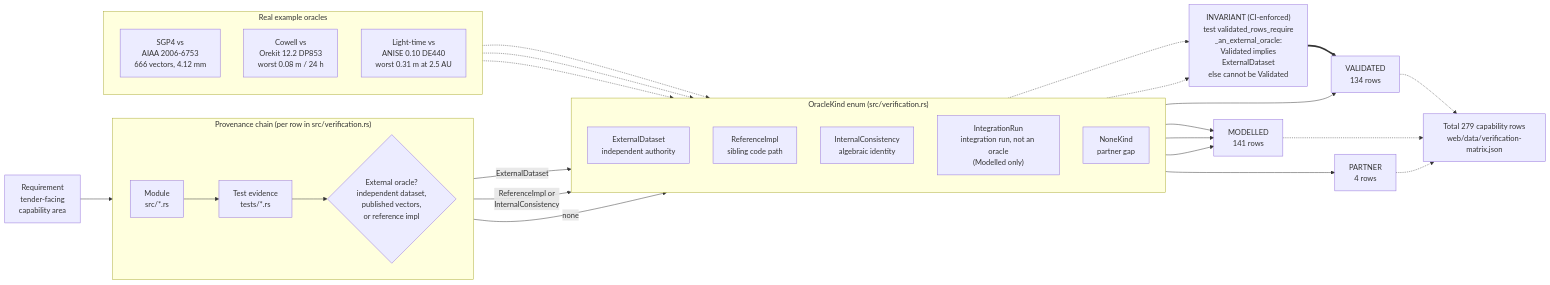
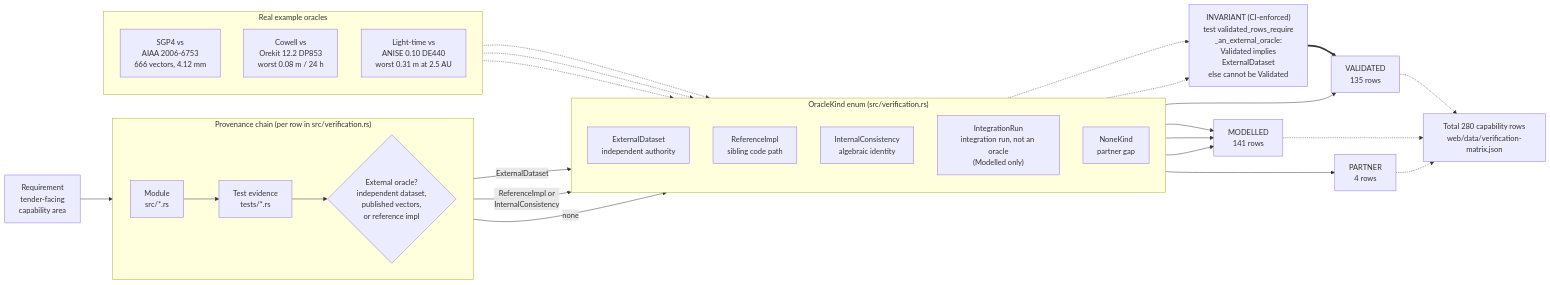
The diagram in docs/diagrams/validation-provenance.mmd (ashfordeOU/kshana), drawn with Mermaid before and after one commit. The commit also changed 24 other files, not shown here.

```diff
--- a/docs/diagrams/validation-provenance.mmd
+++ b/docs/diagrams/validation-provenance.mmd
@@ -1,51 +1,51 @@
 flowchart LR
     REQ["Requirement<br/>tender-facing<br/>capability area"]
 
     subgraph CHAIN["Provenance chain (per row in src/verification.rs)"]
         direction LR
         MOD["Module<br/>src/*.rs"]
         TST["Test evidence<br/>tests/*.rs"]
         ORA{"External oracle?<br/>independent dataset,<br/>published vectors,<br/>or reference impl"}
     end
 
     REQ --> MOD --> TST --> ORA
 
     subgraph KINDS["OracleKind enum (src/verification.rs)"]
         direction TD
         EXT["ExternalDataset<br/>independent authority"]
         REF["ReferenceImpl<br/>sibling code path"]
         INT["InternalConsistency<br/>algebraic identity"]
         IRN["IntegrationRun<br/>integration run, not an oracle<br/>(Modelled only)"]
         NON["NoneKind<br/>partner gap"]
     end
 
     ORA -->|ExternalDataset| EXT
     ORA -->|"ReferenceImpl or<br/>InternalConsistency"| INT
     ORA -->|none| NON
 
     GUARD["INVARIANT (CI-enforced)<br/>test validated_rows_require<br/>_an_external_oracle:<br/>Validated implies<br/>ExternalDataset<br/>else cannot be Validated"]
     EXT -.-> GUARD
     INT -.-> GUARD
 
-    EXT --> VAL["VALIDATED<br/>134 rows"]
+    EXT --> VAL["VALIDATED<br/>135 rows"]
     REF --> MDL["MODELLED<br/>141 rows"]
     INT --> MDL
     IRN --> MDL
     NON --> PRT["PARTNER<br/>4 rows"]
     GUARD ==> VAL
 
     subgraph EX["Real example oracles"]
         direction TD
         E1["SGP4 vs<br/>AIAA 2006-6753<br/>666 vectors, 4.12 mm"]
         E2["Cowell vs<br/>Orekit 12.2 DP853<br/>worst 0.08 m / 24 h"]
         E3["Light-time vs<br/>ANISE 0.10 DE440<br/>worst 0.31 m at 2.5 AU"]
     end
 
     E1 -.-> EXT
     E2 -.-> EXT
     E3 -.-> EXT
 
-    TOTAL["Total 279 capability rows<br/>web/data/verification-matrix.json"]
+    TOTAL["Total 280 capability rows<br/>web/data/verification-matrix.json"]
     VAL -.-> TOTAL
     MDL -.-> TOTAL
     PRT -.-> TOTAL
```
